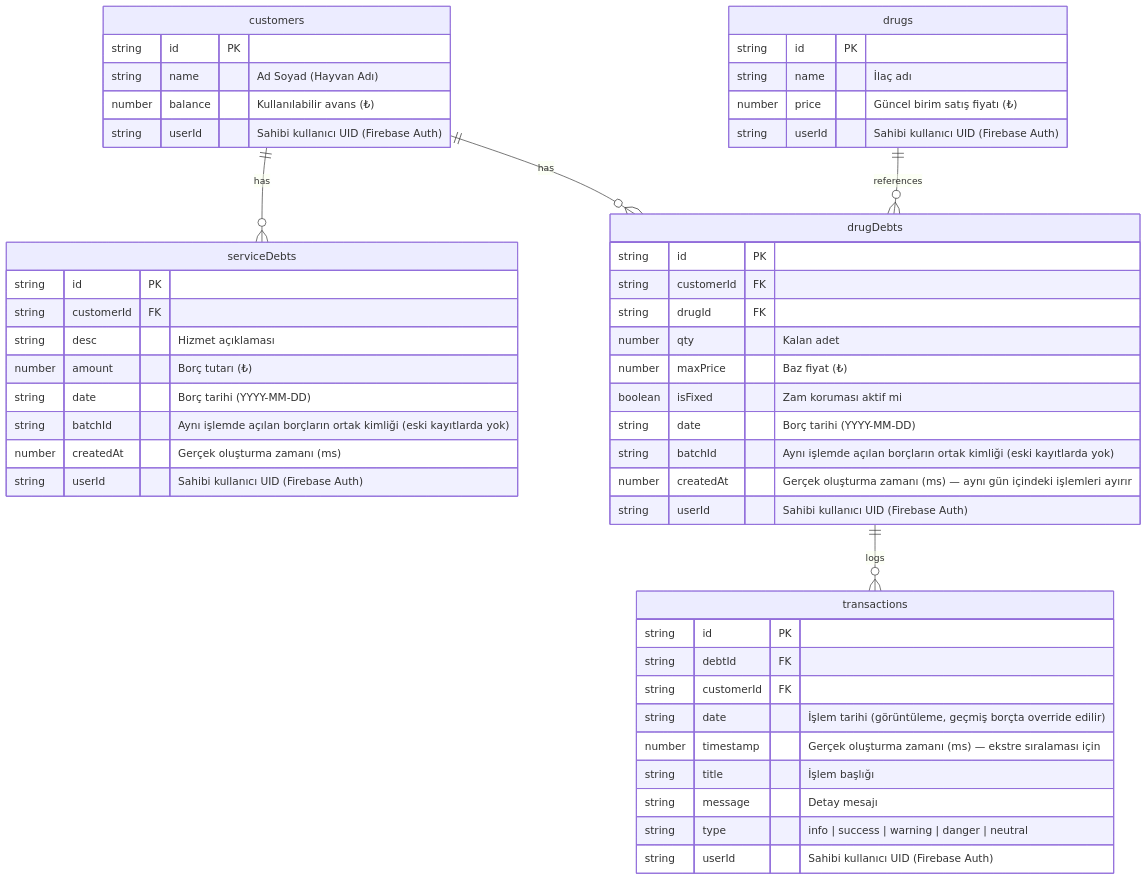
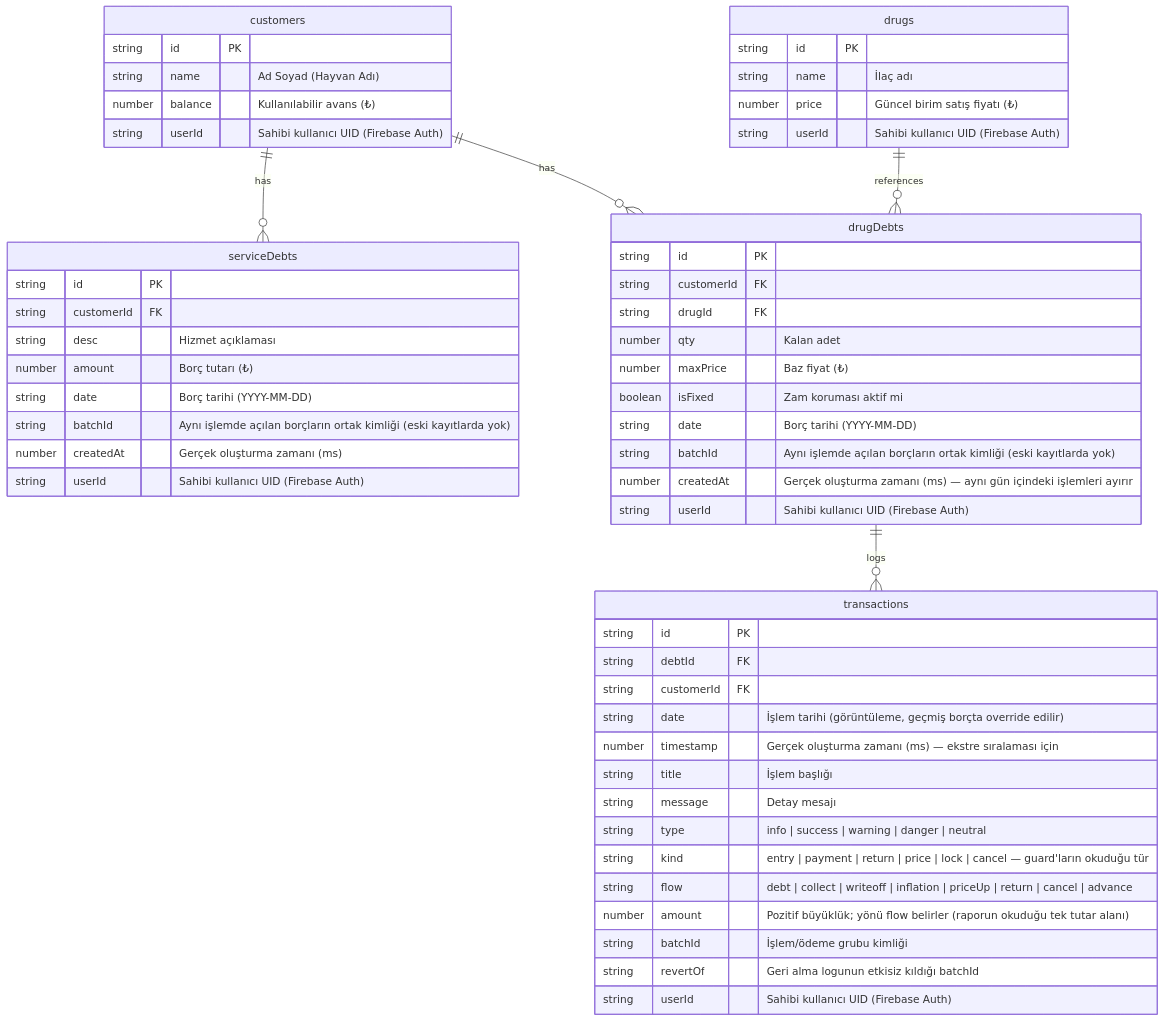
One commit to omerf-engin/vetcari-app changed the second of 4 diagrams in docs/ARCHITECTURE.md. Above: the diagram before and after it, drawn with Mermaid. The commit also changed other lines of this file and 2 other files, not shown here.

First line of the commit message:
docs: TASK-020 DONE — flow/amount semasi ve donemsel raporlama

````diff
--- a/docs/ARCHITECTURE.md
+++ b/docs/ARCHITECTURE.md
@@ -342,57 +379,62 @@
 ```mermaid
 erDiagram
     customers ||--o{ serviceDebts : "has"
     customers ||--o{ drugDebts : "has"
     drugDebts ||--o{ transactions : "logs"
     drugs ||--o{ drugDebts : "references"
 
     customers {
         string id PK
         string name "Ad Soyad (Hayvan Adı)"
         number balance "Kullanılabilir avans (₺)"
         string userId "Sahibi kullanıcı UID (Firebase Auth)"
     }
 
     drugs {
         string id PK
         string name "İlaç adı"
         number price "Güncel birim satış fiyatı (₺)"
         string userId "Sahibi kullanıcı UID (Firebase Auth)"
     }
 
     serviceDebts {
         string id PK
         string customerId FK
         string desc "Hizmet açıklaması"
         number amount "Borç tutarı (₺)"
         string date "Borç tarihi (YYYY-MM-DD)"
         string batchId "Aynı işlemde açılan borçların ortak kimliği (eski kayıtlarda yok)"
         number createdAt "Gerçek oluşturma zamanı (ms)"
         string userId "Sahibi kullanıcı UID (Firebase Auth)"
     }
 
     drugDebts {
         string id PK
         string customerId FK
         string drugId FK
         number qty "Kalan adet"
         number maxPrice "Baz fiyat (₺)"
         boolean isFixed "Zam koruması aktif mi"
         string date "Borç tarihi (YYYY-MM-DD)"
         string batchId "Aynı işlemde açılan borçların ortak kimliği (eski kayıtlarda yok)"
         number createdAt "Gerçek oluşturma zamanı (ms) — aynı gün içindeki işlemleri ayırır"
         string userId "Sahibi kullanıcı UID (Firebase Auth)"
     }
 
     transactions {
         string id PK
         string debtId FK
         string customerId FK
         string date "İşlem tarihi (görüntüleme, geçmiş borçta override edilir)"
         number timestamp "Gerçek oluşturma zamanı (ms) — ekstre sıralaması için"
         string title "İşlem başlığı"
         string message "Detay mesajı"
         string type "info | success | warning | danger | neutral"
+        string kind "entry | payment | return | price | lock | cancel — guard'ların okuduğu tür"
+        string flow "debt | collect | writeoff | inflation | priceUp | return | cancel | advance"
+        number amount "Pozitif büyüklük; yönü flow belirler (raporun okuduğu tek tutar alanı)"
+        string batchId "İşlem/ödeme grubu kimliği"
+        string revertOf "Geri alma logunun etkisiz kıldığı batchId"
         string userId "Sahibi kullanıcı UID (Firebase Auth)"
     }
 ```
````
